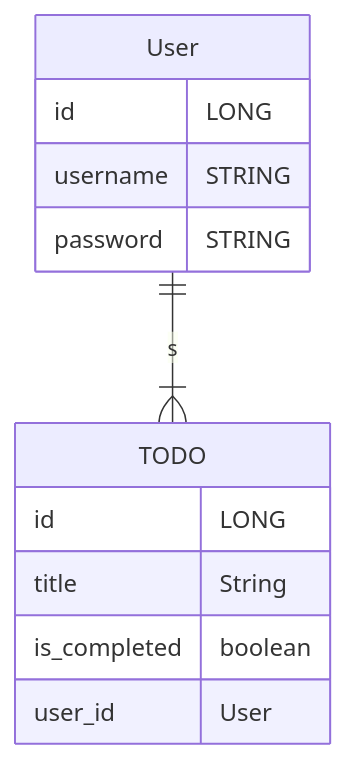
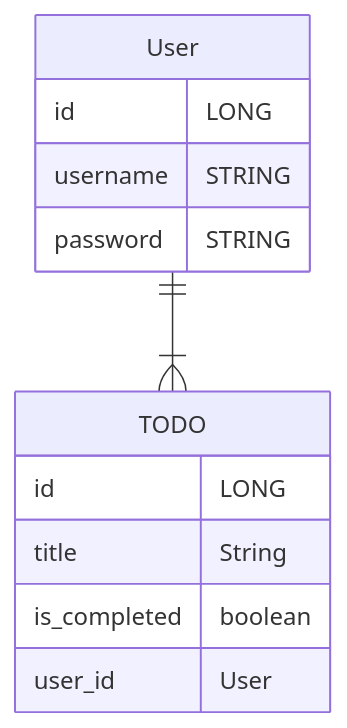
One commit to elijahmylcev/spring_todo changed the diagram in entities.mermaid. Above: the diagram before and after it, drawn with Mermaid.

Commit message:
entities.mermaid has been fixed

```diff
--- a/entities.mermaid
+++ b/entities.mermaid
@@ -1,13 +1,13 @@
 erDiagram
-    User ||--|{ TODO : s
+    User ||--|{ TODO : ""
     User {
         id LONG
         username STRING
         password STRING
     }
     TODO {
         id LONG
         title String
         is_completed boolean
         user_id User
     }
```
